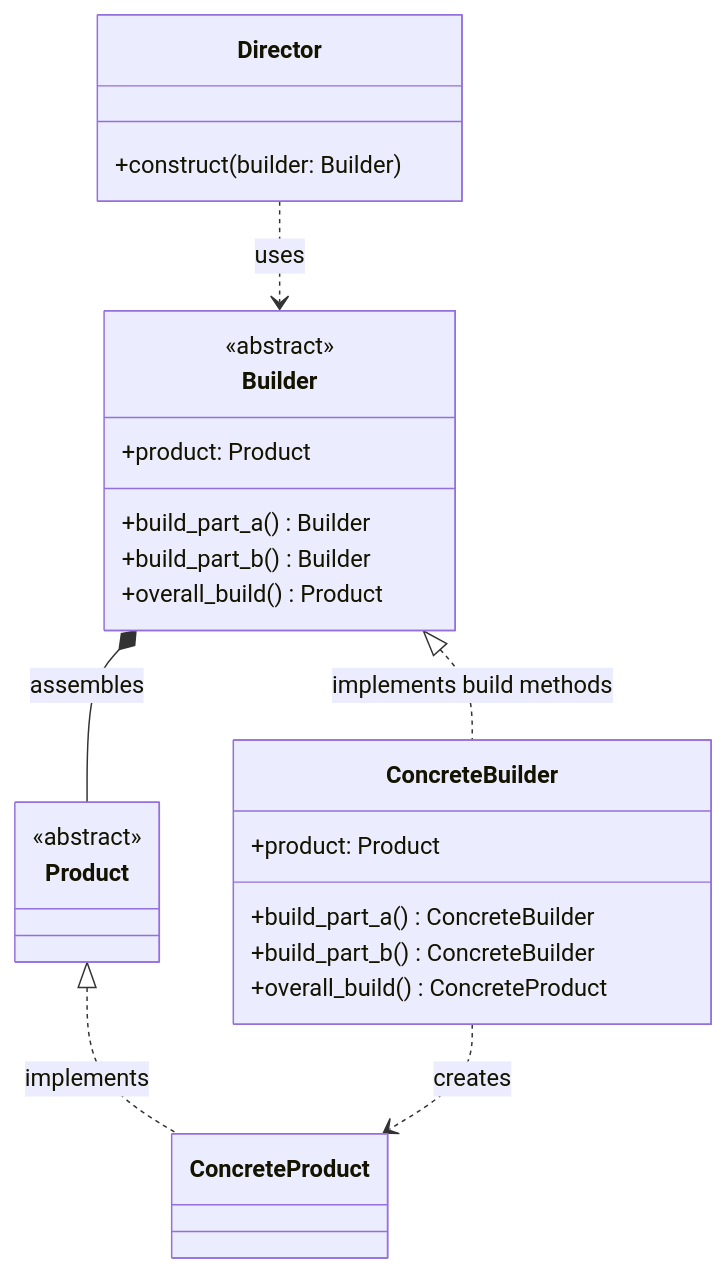
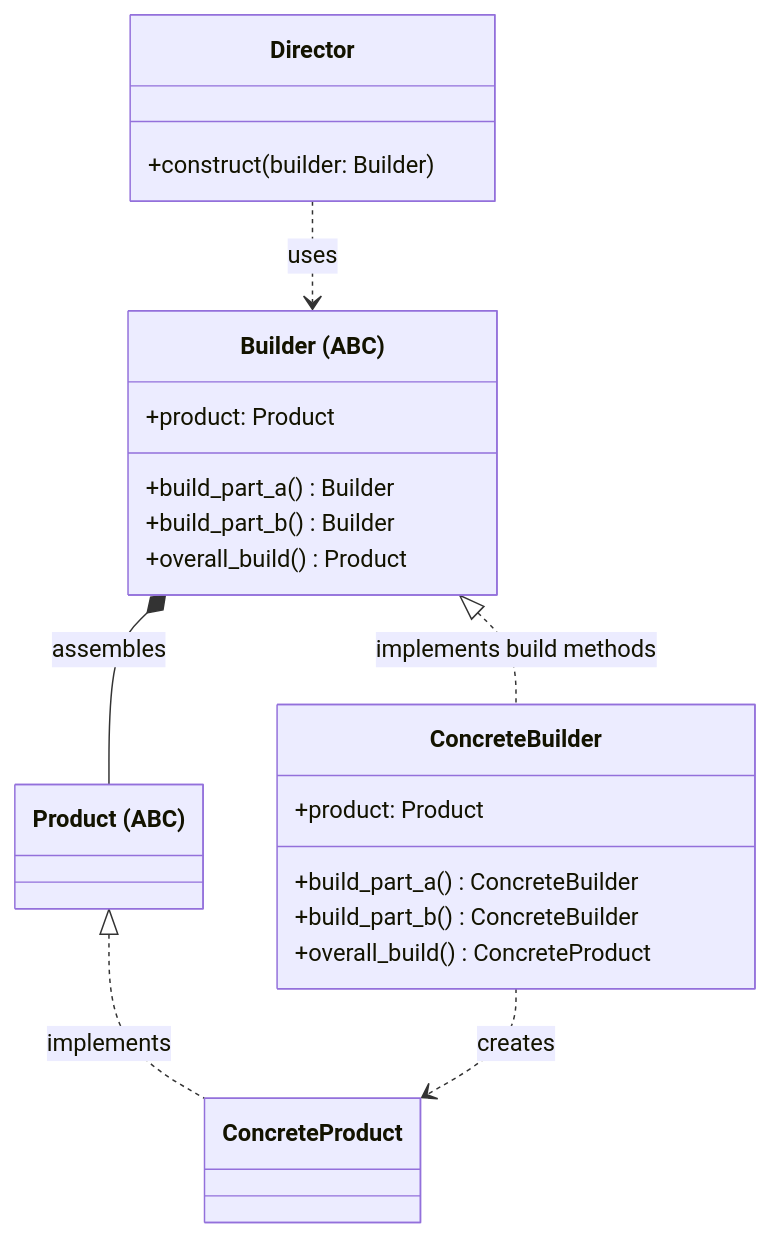
The first of 2 diagrams in design_patterns/docs/1400_builder.md (arunnambyar/tutorials), drawn with Mermaid before and after one commit. The commit also changed 13 other files, not shown here.

````diff
--- a/design_patterns/docs/1400_builder.md
+++ b/design_patterns/docs/1400_builder.md
@@ -26,35 +26,32 @@
 ```mermaid
 classDiagram
     direction TB
 
-    class Product {
-        <<abstract>>
-    }
+    class Product["Product (ABC)"]
     class ConcreteProduct
 
-    class Builder {
-        <<abstract>>
+    class Builder["Builder (ABC)"] {
         +product: Product
 
         +build_part_a() Builder
         +build_part_b() Builder
         +overall_build() Product
     }
     class ConcreteBuilder {
         +product: Product
 
         +build_part_a() ConcreteBuilder
         +build_part_b() ConcreteBuilder
         +overall_build() ConcreteProduct
     }
 
     class Director {
         +construct(builder: Builder)
     }
 
     Director ..> Builder : uses
     Builder <|.. ConcreteBuilder : implements build methods
     Product <|.. ConcreteProduct : implements
     Builder *-- Product : assembles
     ConcreteBuilder ..> ConcreteProduct : creates
 ```
````
